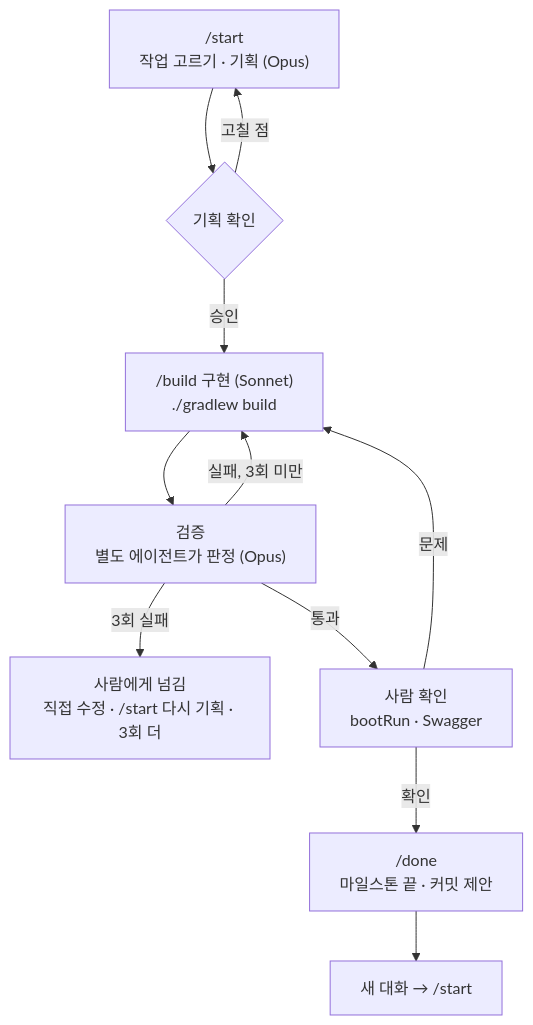
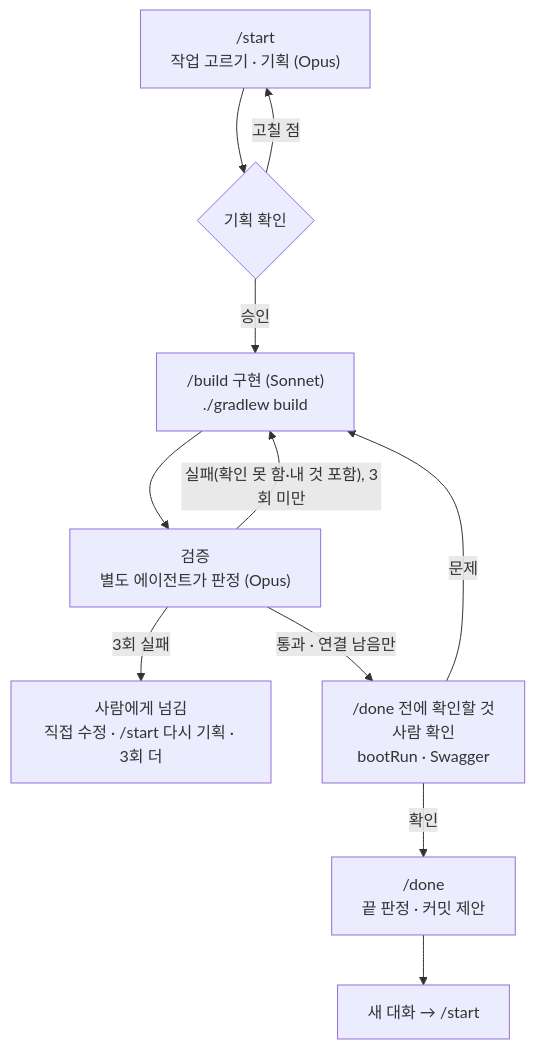
Before and after one commit to Jung-aejin/nyangmeong-backend: the third of 4 diagrams in README.md, drawn with Mermaid. The commit also changed other lines of this file, not shown here.

Commit message:
[LJS] docs: README 흐름을 끝 판정·/done 전 확인 목록 기준으로 갱신

````diff
--- a/README.md
+++ b/README.md
@@ -105,13 +105,13 @@
 ```mermaid
 flowchart TD
   S["/start<br/>작업 고르기 · 기획 (Opus)"] --> P{기획 확인}
   P -- 고칠 점 --> S
   P -- 승인 --> I["/build 구현 (Sonnet)<br/>./gradlew build"]
   I --> V["검증<br/>별도 에이전트가 판정 (Opus)"]
-  V -- 실패, 3회 미만 --> I
+  V -- "실패(확인 못 함·내 것 포함), 3회 미만" --> I
   V -- 3회 실패 --> X["사람에게 넘김<br/>직접 수정 · /start 다시 기획 · 3회 더"]
-  V -- 통과 --> H["사람 확인<br/>bootRun · Swagger"]
+  V -- "통과 · 연결 남음만" --> H["/done 전에 확인할 것<br/>사람 확인<br/>bootRun · Swagger"]
   H -- 문제 --> I
-  H -- 확인 --> D["/done<br/>마일스톤 끝 · 커밋 제안"]
+  H -- 확인 --> D["/done<br/>끝 판정 · 커밋 제안"]
   D --> N["새 대화 → /start"]
 ```
````
